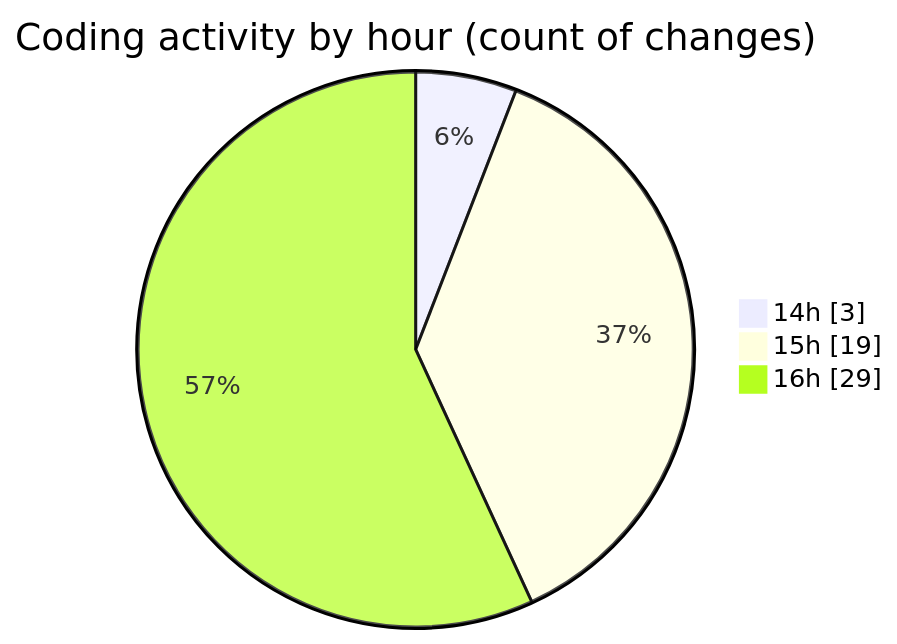
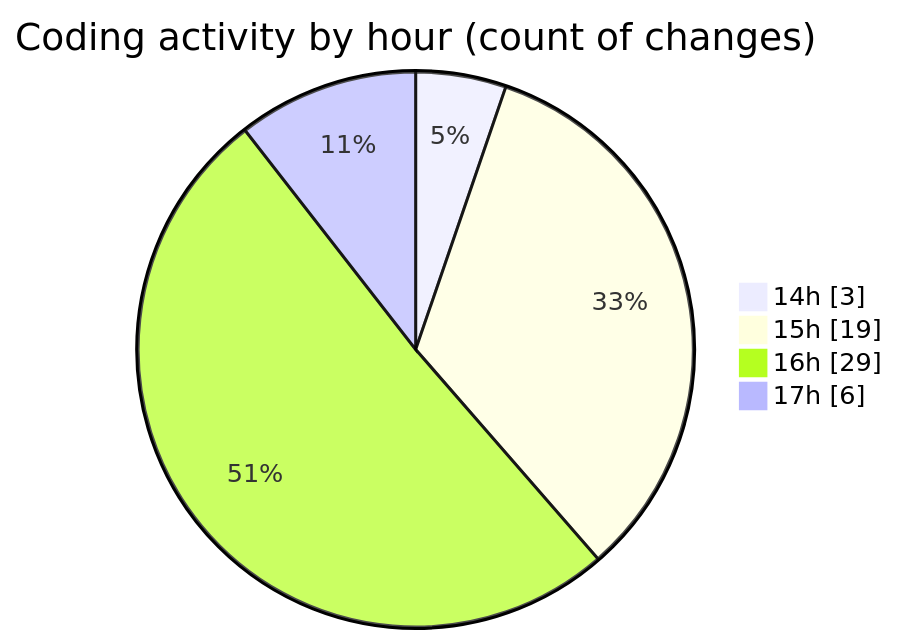
Before and after one commit to debugP/code-tracking: the second of 2 diagrams in 2025-10-02/untitled__workspace_/README.md, drawn with Mermaid. The commit also changed other lines of this file and 1 other file, not shown here.

````diff
--- a/2025-10-02/untitled__workspace_/README.md
+++ b/2025-10-02/untitled__workspace_/README.md
@@ -29,7 +29,8 @@
 ```mermaid
 pie showData
 title Coding activity by hour (count of changes)
 "14h" : 3
 "15h" : 19
 "16h" : 29
+"17h" : 6
 ```
````
